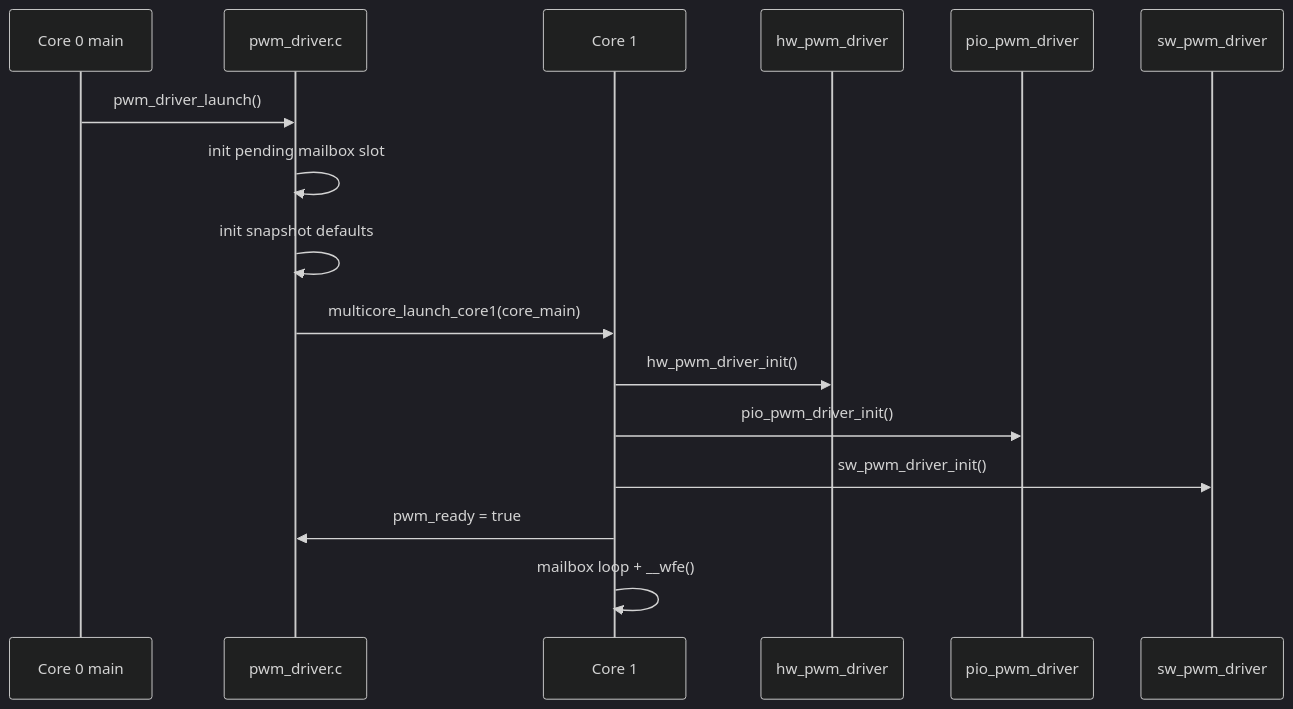
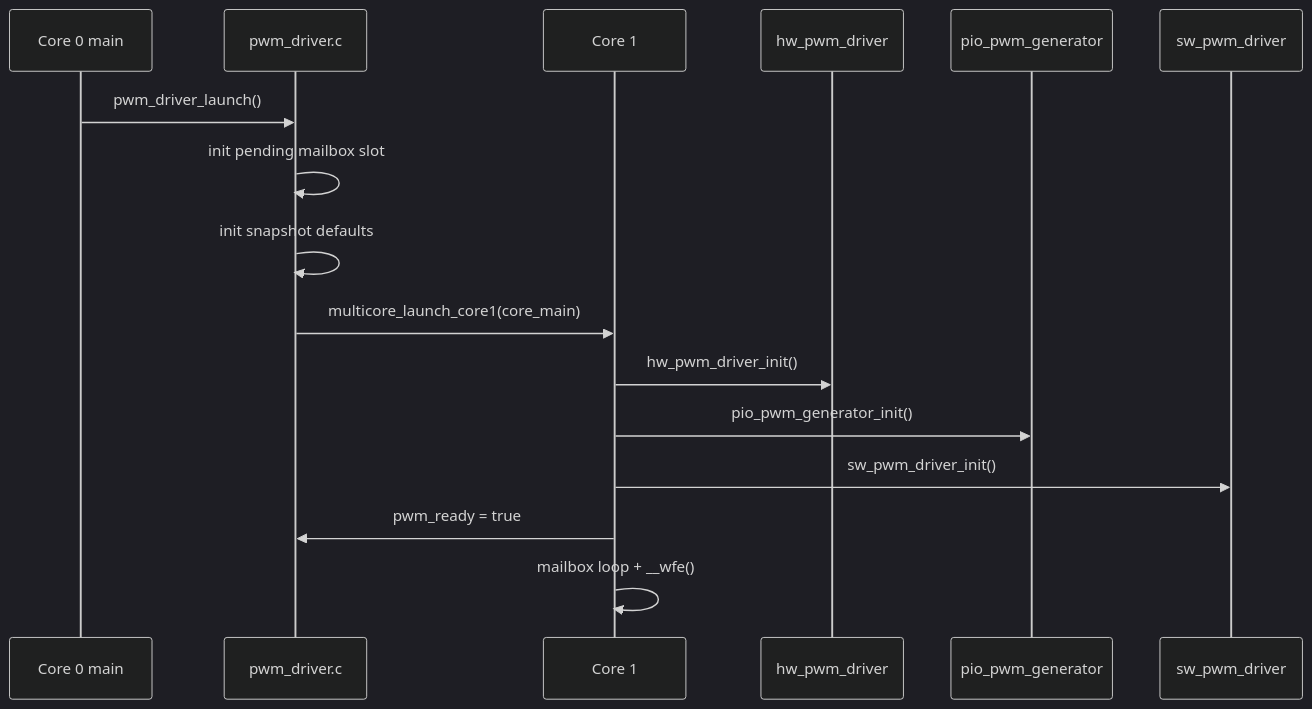
The third of 6 diagrams in docs/detail/pwm_driver_design.md (djwinter29-oss/PicoPWM), drawn with Mermaid (dark theme) before and after one commit. The commit also changed other lines of this file and 19 other files, not shown here.

````diff
--- a/docs/detail/pwm_driver_design.md
+++ b/docs/detail/pwm_driver_design.md
@@ -273,19 +273,19 @@
 ```mermaid
 sequenceDiagram
     participant C0 as Core 0 main
     participant WR as pwm_driver.c
     participant C1 as Core 1
     participant HW as hw_pwm_driver
-    participant PIO as pio_pwm_driver
+    participant PIO as pio_pwm_generator
     participant SW as sw_pwm_driver
 
     C0->>WR: pwm_driver_launch()
     WR->>WR: init pending mailbox slot
     WR->>WR: init snapshot defaults
     WR->>C1: multicore_launch_core1(core_main)
     C1->>HW: hw_pwm_driver_init()
-    C1->>PIO: pio_pwm_driver_init()
+    C1->>PIO: pio_pwm_generator_init()
     C1->>SW: sw_pwm_driver_init()
     C1->>WR: pwm_ready = true
     C1->>C1: mailbox loop + __wfe()
 ```
````
